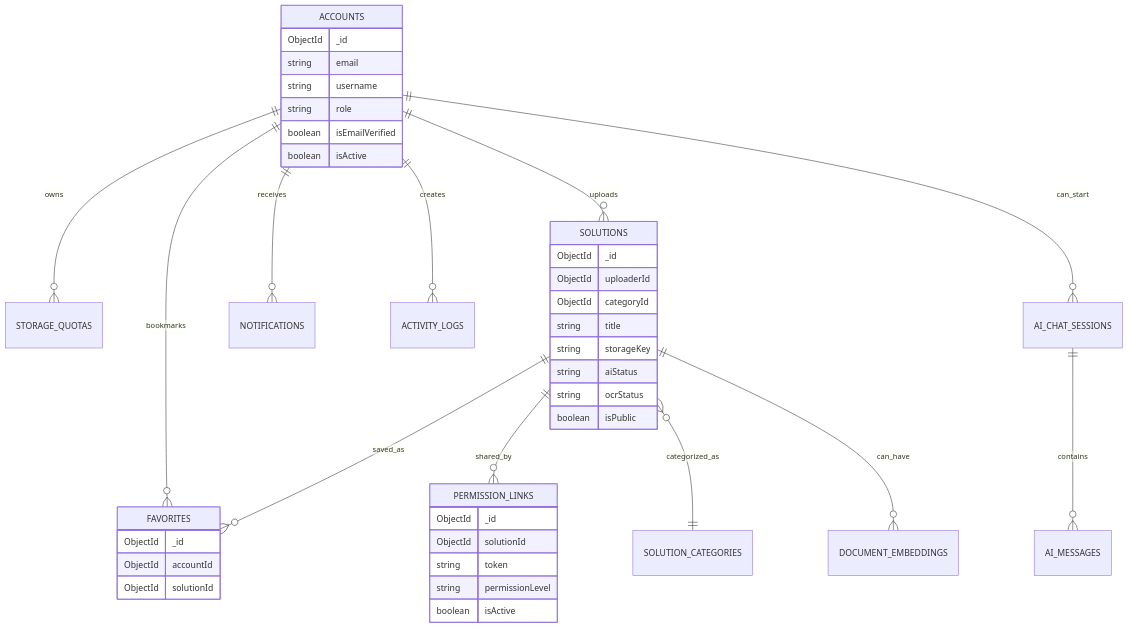
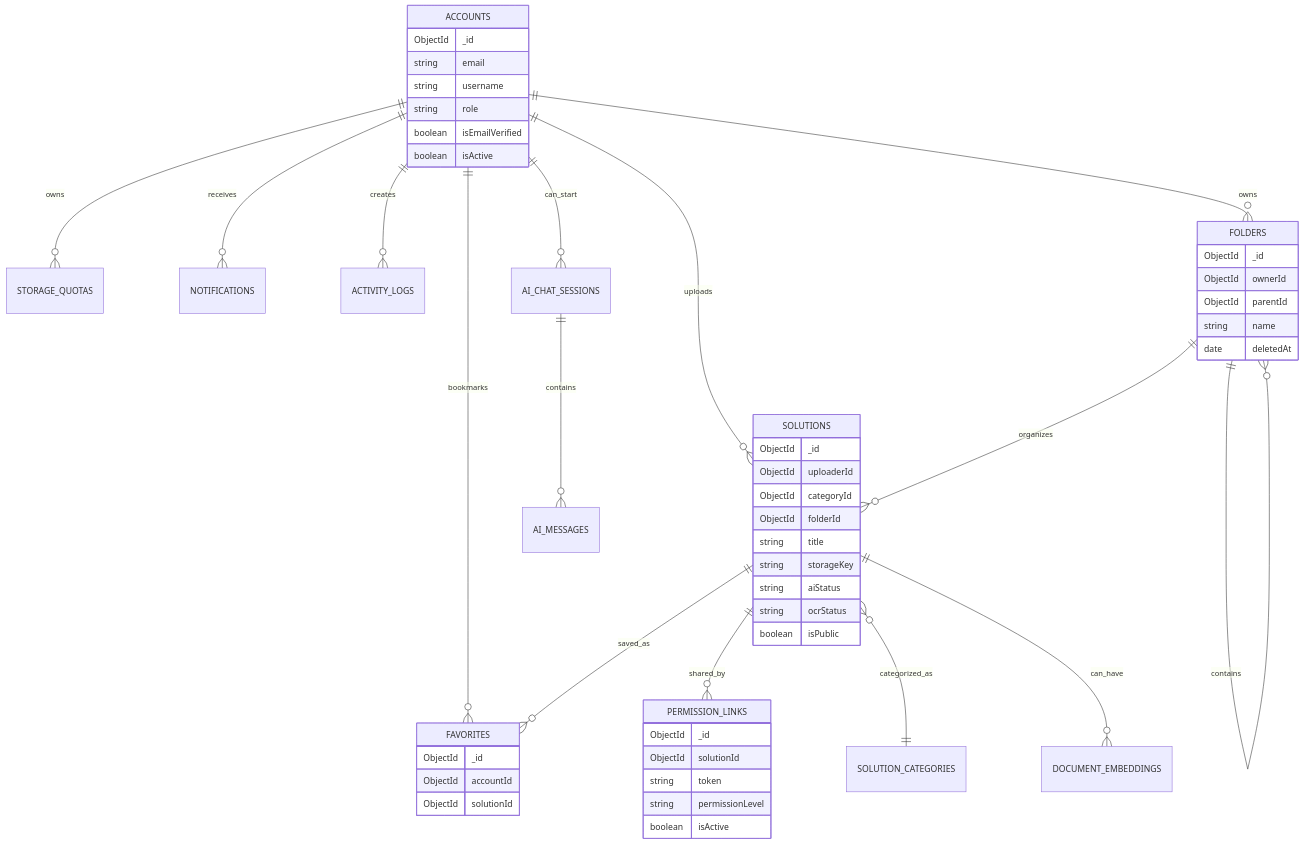
The fourth of 6 diagrams in docs/SystemArchitecture.md (Hiamoutgame/AI-Study-Hub), drawn with Mermaid before and after one commit. The commit also changed other lines of this file and 20 other files, not shown here.

````diff
--- a/docs/SystemArchitecture.md
+++ b/docs/SystemArchitecture.md
@@ -202,45 +213,56 @@
 ```mermaid
 erDiagram
   ACCOUNTS ||--o{ STORAGE_QUOTAS : owns
   ACCOUNTS ||--o{ SOLUTIONS : uploads
   ACCOUNTS ||--o{ FAVORITES : bookmarks
   ACCOUNTS ||--o{ NOTIFICATIONS : receives
   ACCOUNTS ||--o{ ACTIVITY_LOGS : creates
   SOLUTIONS ||--o{ FAVORITES : saved_as
   SOLUTIONS ||--o{ PERMISSION_LINKS : shared_by
   SOLUTIONS }o--|| SOLUTION_CATEGORIES : categorized_as
+  ACCOUNTS ||--o{ FOLDERS : owns
+  FOLDERS ||--o{ FOLDERS : contains
+  FOLDERS ||--o{ SOLUTIONS : organizes
   SOLUTIONS ||--o{ DOCUMENT_EMBEDDINGS : can_have
   ACCOUNTS ||--o{ AI_CHAT_SESSIONS : can_start
   AI_CHAT_SESSIONS ||--o{ AI_MESSAGES : contains
 
   ACCOUNTS {
     ObjectId _id
     string email
     string username
     string role
     boolean isEmailVerified
     boolean isActive
   }
   SOLUTIONS {
     ObjectId _id
     ObjectId uploaderId
     ObjectId categoryId
+    ObjectId folderId
     string title
     string storageKey
     string aiStatus
     string ocrStatus
     boolean isPublic
+  }
+  FOLDERS {
+    ObjectId _id
+    ObjectId ownerId
+    ObjectId parentId
+    string name
+    date deletedAt
   }
   PERMISSION_LINKS {
     ObjectId _id
     ObjectId solutionId
     string token
     string permissionLevel
     boolean isActive
   }
   FAVORITES {
     ObjectId _id
     ObjectId accountId
     ObjectId solutionId
   }
 ```
````
